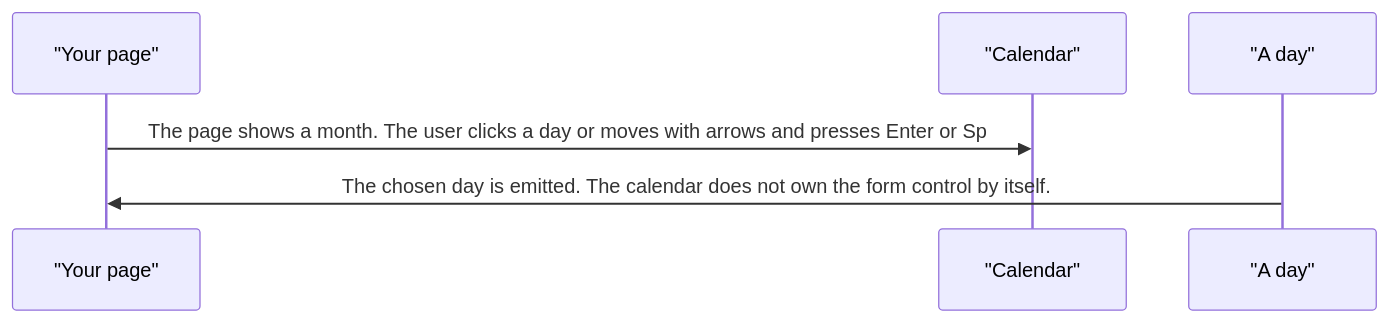
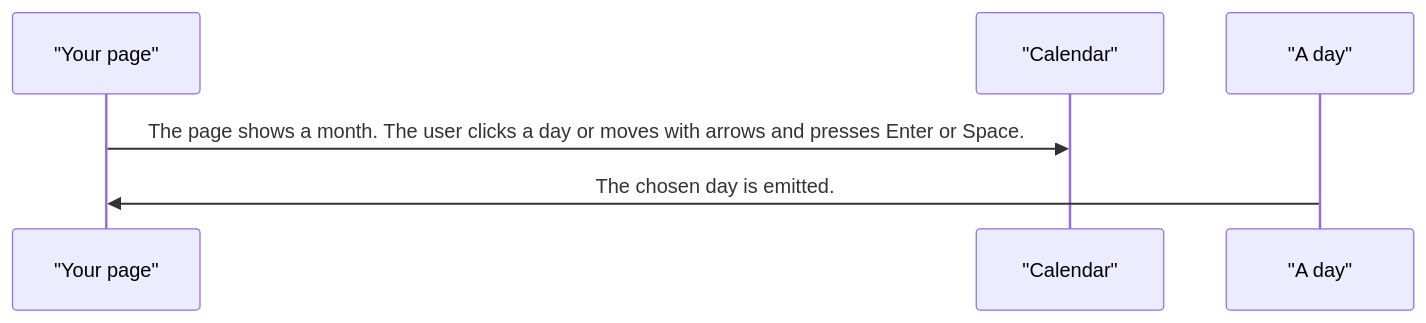
The second of 3 diagrams in projects/pixel-ui/src/lib/pixel-calendar/DESIGN.md (RajshekharBorate/pixel-ui), drawn with Mermaid before and after one commit. The commit also changed other lines of this file and 80 other files, not shown here.

Commit message:
Fill missing design flows and correct the stories that did not match component behavior.

````diff
--- a/projects/pixel-ui/src/lib/pixel-calendar/DESIGN.md
+++ b/projects/pixel-ui/src/lib/pixel-calendar/DESIGN.md
@@ -46,8 +46,8 @@
 ```mermaid
 sequenceDiagram
   participant page as "Your page"
   participant cal as "Calendar"
   participant day as "A day"
-  page->>cal: The page shows a month. The user clicks a day or moves with arrows and presses Enter or Sp
-  day->>page: The chosen day is emitted. The calendar does not own the form control by itself.
+  page->>cal: The page shows a month. The user clicks a day or moves with arrows and presses Enter or Space.
+  day->>page: The chosen day is emitted.
 ```
````
